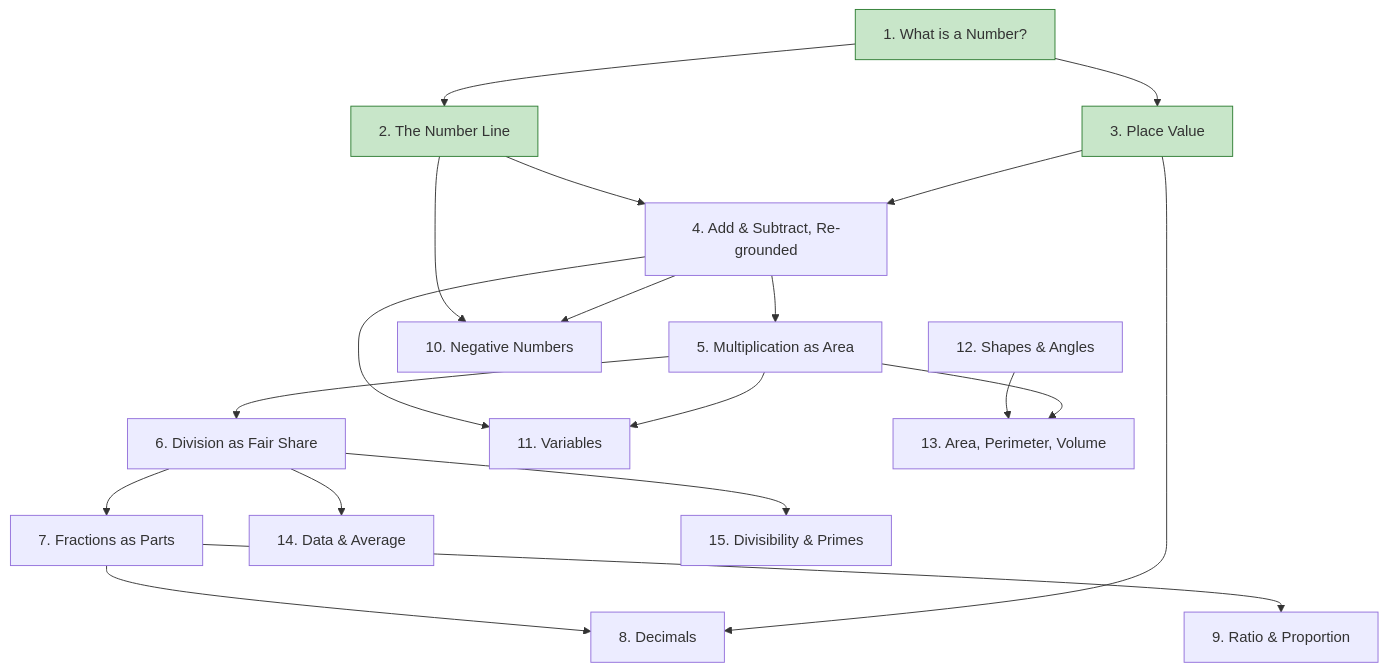
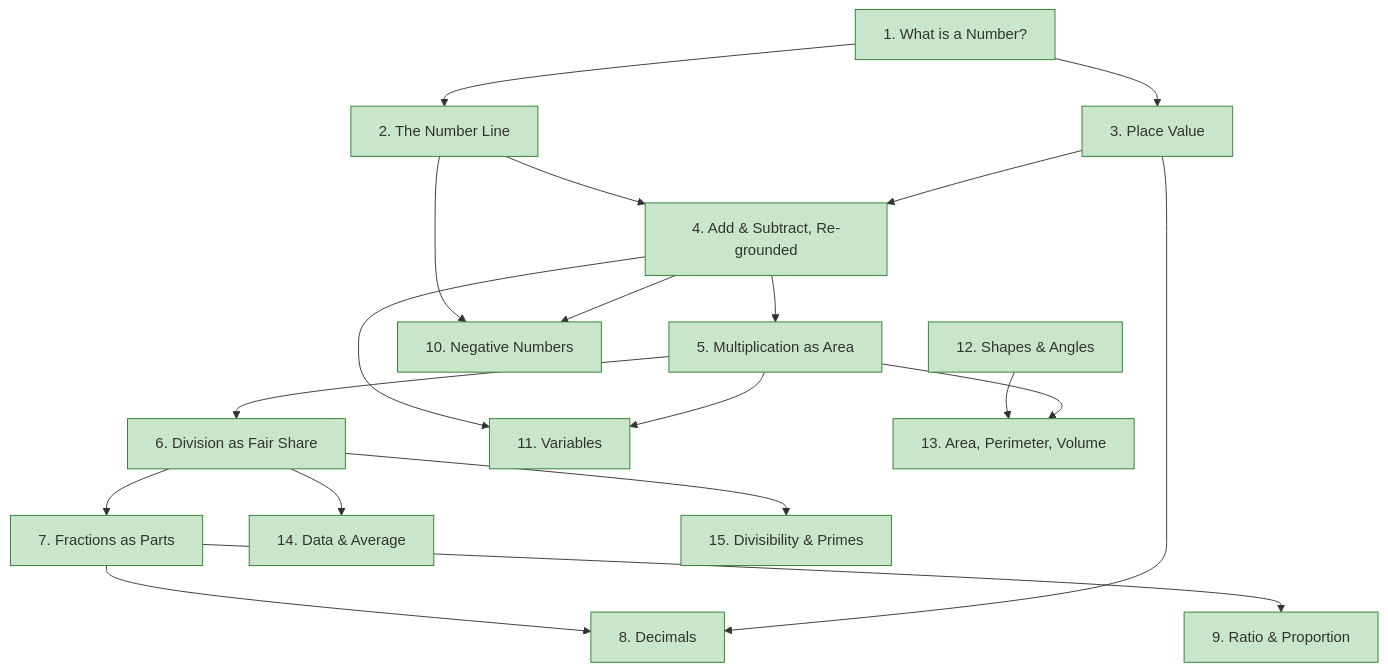
The diagram in lessons/tier-1-foundations/index.qmd (rajeshpillai/applied-maths), drawn with Mermaid before and after one commit. The commit also changed other lines of this file and 17 other files, not shown here.

First line of the commit message:
Prefix lesson titles with NN sequence numbers; mark Tier 1 complete

````diff
--- a/lessons/tier-1-foundations/index.qmd
+++ b/lessons/tier-1-foundations/index.qmd
@@ -29,24 +29,24 @@
 ```{mermaid}
 flowchart TD
     A[1. What is a Number?] --> B[2. The Number Line]
     A --> C[3. Place Value]
     B --> D[4. Add & Subtract, Re-grounded]
     C --> D
     D --> E[5. Multiplication as Area]
     E --> F[6. Division as Fair Share]
     F --> G[7. Fractions as Parts]
     G --> H[8. Decimals]
     C --> H
     G --> I[9. Ratio & Proportion]
     B --> J[10. Negative Numbers]
     D --> J
     D --> K[11. Variables]
     E --> K
     L[12. Shapes & Angles] --> M[13. Area, Perimeter, Volume]
     E --> M
     F --> N[14. Data & Average]
     F --> O[15. Divisibility & Primes]
 
     classDef done fill:#c8e6c9,stroke:#2e7d32
-    class A,B,C done
+    class A,B,C,D,E,F,G,H,I,J,K,L,M,N,O done
 ```
````
